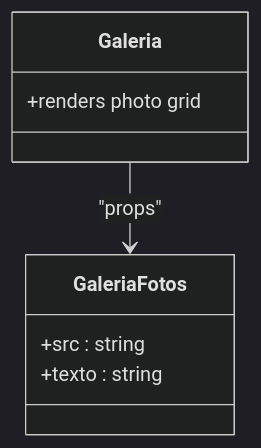
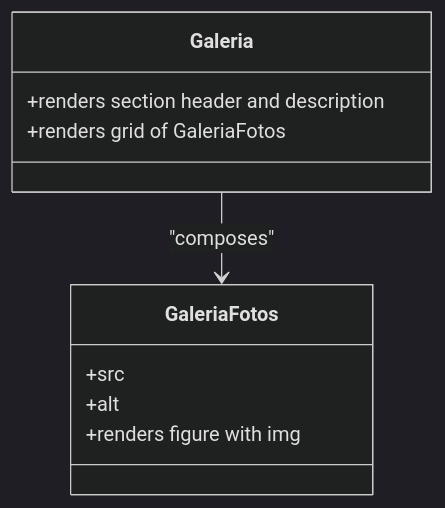
The eighth of 12 diagrams in .qoder/repowiki/en/content/Component Architecture/Component Architecture.md (isadorabassoasseiro-boop/OptiCode), drawn with Mermaid (dark theme) before and after one commit. The commit also changed other lines of this file and 35 other files, not shown here.

````diff
--- a/.qoder/repowiki/en/content/Component Architecture/Component Architecture.md
+++ b/.qoder/repowiki/en/content/Component Architecture/Component Architecture.md
@@ -292,11 +297,13 @@
 ```mermaid
 classDiagram
 class Galeria {
-+renders photo grid
++renders section header and description
++renders grid of GaleriaFotos
 }
 class GaleriaFotos {
-+src : string
-+texto : string
++src
++alt
++renders figure with img
 }
-Galeria --> GaleriaFotos : "props"
+Galeria --> GaleriaFotos : "composes"
 ```
````
